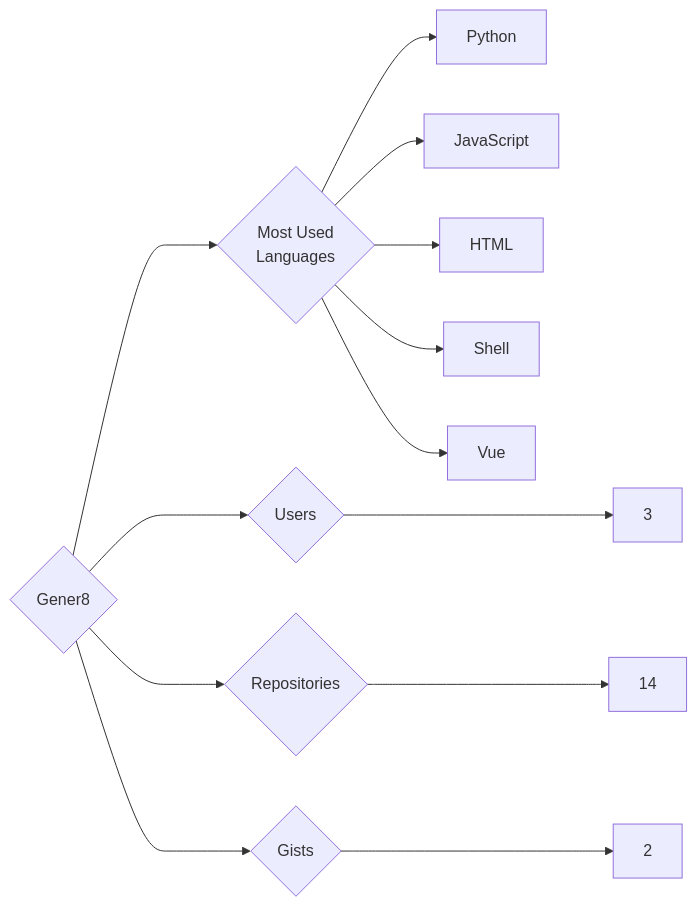
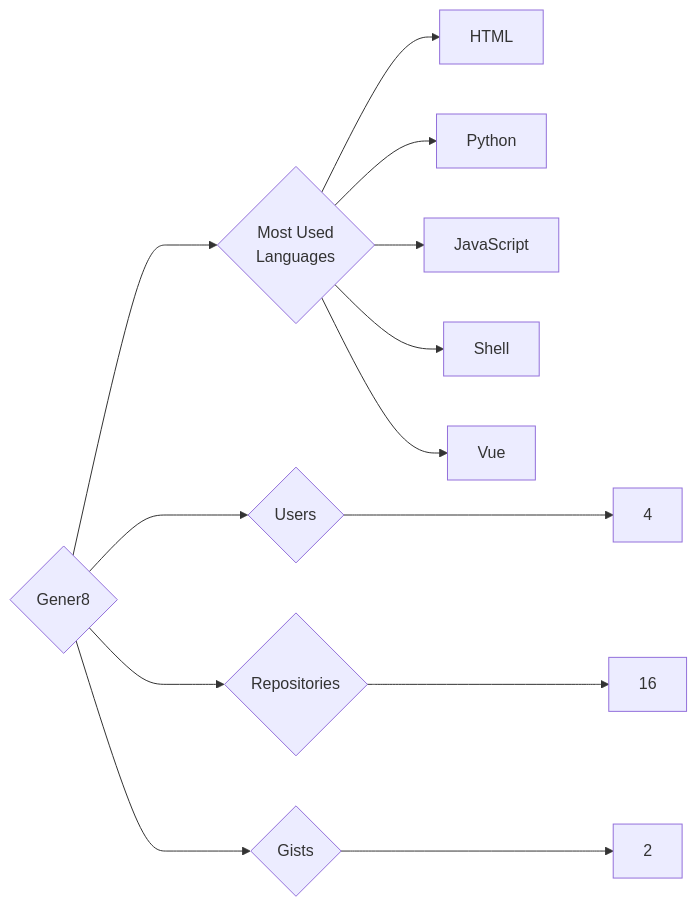
The diagram in targets/Gener8/README.md (trickest/insiders), drawn with Mermaid before and after one commit. The commit also changed 880 other files, not shown here.

````diff
--- a/targets/Gener8/README.md
+++ b/targets/Gener8/README.md
@@ -3,13 +3,13 @@
 ```mermaid
 graph LR
 COMPANY_NAME{Gener8}
-COMPANY_NAME ---> U{Users} ---> UN[3]
-COMPANY_NAME ---> R{Repositories} ---> RN[14]
+COMPANY_NAME ---> U{Users} ---> UN[4]
+COMPANY_NAME ---> R{Repositories} ---> RN[16]
 COMPANY_NAME ---> G{Gists} ---> GN[2]
 COMPANY_NAME ---> ML{Most Used<br>Languages}
+ML --> HTML[HTML]
 ML --> Python[Python]
 ML --> JavaScript[JavaScript]
-ML --> HTML[HTML]
 ML --> Shell[Shell]
 ML --> Vue[Vue]
 ```
````
